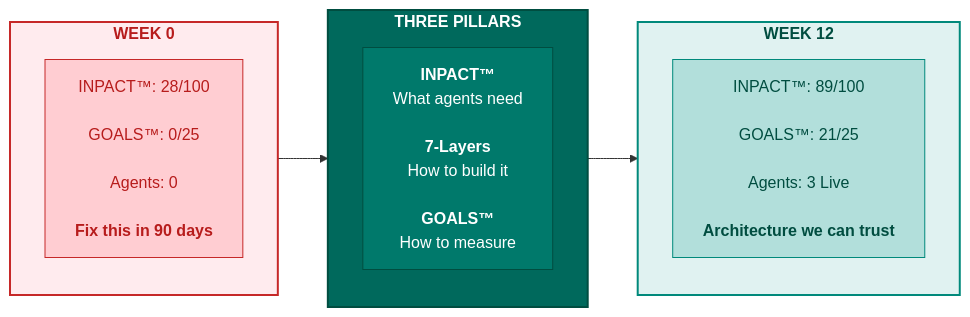
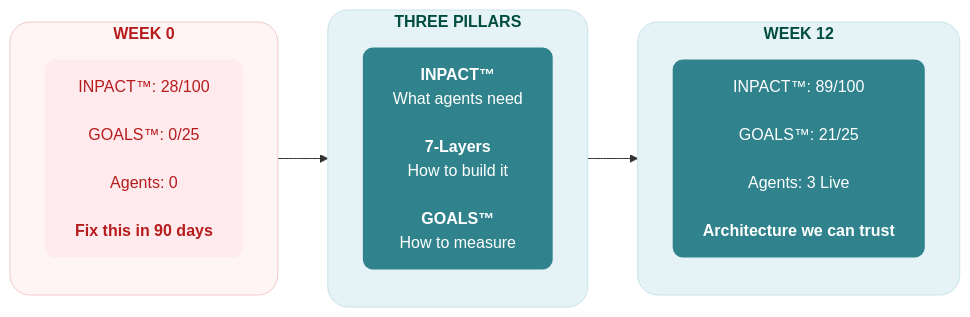
One commit to saitejesh-cyber/trust-before-intelligence-book changed diagram 11 of 11 in manuscript/09_chapter_8_architecture_of_trust_in_action.md. Above: the diagram before and after it, drawn with Mermaid. The commit also changed other lines of this file and 7 other files, not shown here.

Commit message:
Chapter 6to13: Updated mermaid diagrams based on new colaberry color code

````diff
--- a/manuscript/09_chapter_8_architecture_of_trust_in_action.md
+++ b/manuscript/09_chapter_8_architecture_of_trust_in_action.md
@@ -917,28 +917,28 @@
 ```mermaid
 
 graph LR
   subgraph BEFORE["<b>WEEK 0</b>"]
     direction TB
     B1["INPACT™: 28/100<br/><br/>GOALS™: 0/25<br/><br/>Agents: 0<br/><br/><b>Fix this in 90 days</b>"]
   end
   
   subgraph PILLARS["<b>THREE PILLARS</b>"]
     direction TB
     P1["<b>INPACT™</b><br/>What agents need<br/><br/><b>7-Layers</b><br/>How to build it<br/><br/><b>GOALS™</b><br/>How to measure"]
   end
   
   subgraph AFTER["<b>WEEK 12</b>"]
     direction TB
     A1["INPACT™: 89/100<br/><br/>GOALS™: 21/25<br/><br/>Agents: 3 Live<br/><br/><b>Architecture we can trust</b>"]
   end
   
   BEFORE --> PILLARS --> AFTER
   
-  style BEFORE fill:#ffebee,stroke:#c62828,stroke-width:2px,color:#b71c1c
-  style PILLARS fill:#00695c,stroke:#004d40,stroke-width:2px,color:#ffffff
-  style AFTER fill:#e0f2f1,stroke:#00897b,stroke-width:2px,color:#004d40
-  style B1 fill:#ffcdd2,stroke:#c62828,color:#b71c1c
-  style P1 fill:#00796b,stroke:#004d40,color:#ffffff
-  style A1 fill:#b2dfdb,stroke:#00897b,color:#004d40
+  style BEFORE fill:#fff5f5,stroke:#f2caca,stroke-width:1px,color:#b71c1c,rx:20,ry:20
+  style PILLARS fill:#e6f3f6,stroke:#c7e3ea,stroke-width:1px,color:#004d40,rx:20,ry:20
+  style AFTER fill:#e6f3f6,stroke:#c7e3ea,stroke-width:1px,color:#004d40,rx:20,ry:20
+  style B1 fill:#ffebee,stroke:none,color:#b71c1c,rx:10,ry:10
+  style P1 fill:#30838C,stroke:none,color:#ffffff,rx:10,ry:10
+  style A1 fill:#30838C,stroke:none,color:#ffffff,rx:10,ry:10
 
 ```
````
